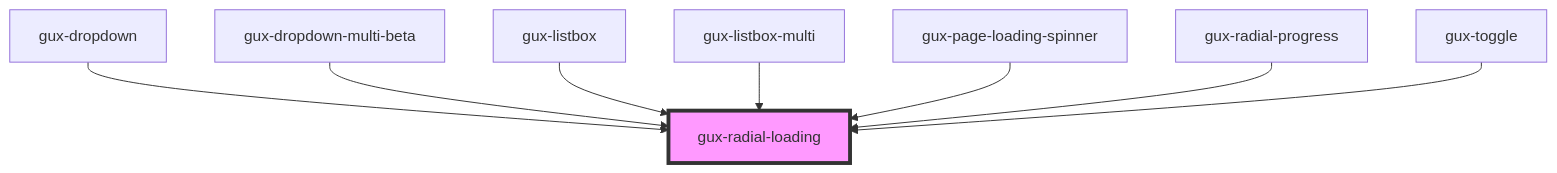
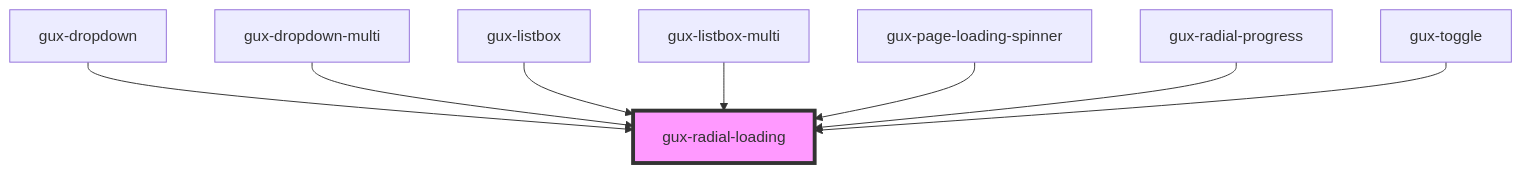
The diagram in packages/genesys-spark-components/src/components/stable/gux-radial-loading/readme.md (MyPureCloud/genesys-spark), drawn with Mermaid before and after one commit. The commit also changed other lines of this file and 28 other files, not shown here.

Commit message:
feat(dropdown-multi): moved from beta to stable, v4 token updates

````diff
--- a/packages/genesys-spark-components/src/components/stable/gux-radial-loading/readme.md
+++ b/packages/genesys-spark-components/src/components/stable/gux-radial-loading/readme.md
@@ -32,11 +32,11 @@
 ```mermaid
 graph TD;
   gux-dropdown --> gux-radial-loading
-  gux-dropdown-multi-beta --> gux-radial-loading
+  gux-dropdown-multi --> gux-radial-loading
   gux-listbox --> gux-radial-loading
   gux-listbox-multi --> gux-radial-loading
   gux-page-loading-spinner --> gux-radial-loading
   gux-radial-progress --> gux-radial-loading
   gux-toggle --> gux-radial-loading
   style gux-radial-loading fill:#f9f,stroke:#333,stroke-width:4px
 ```
````
